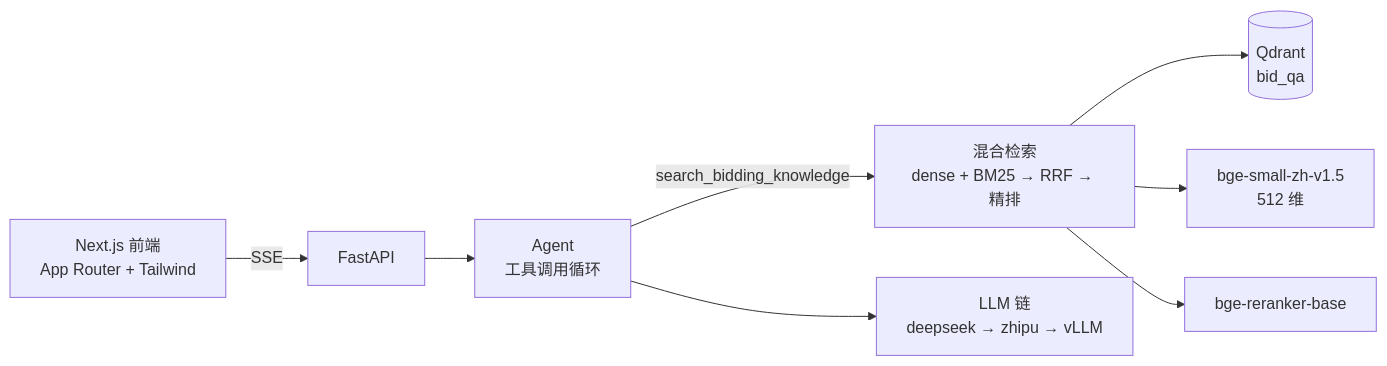
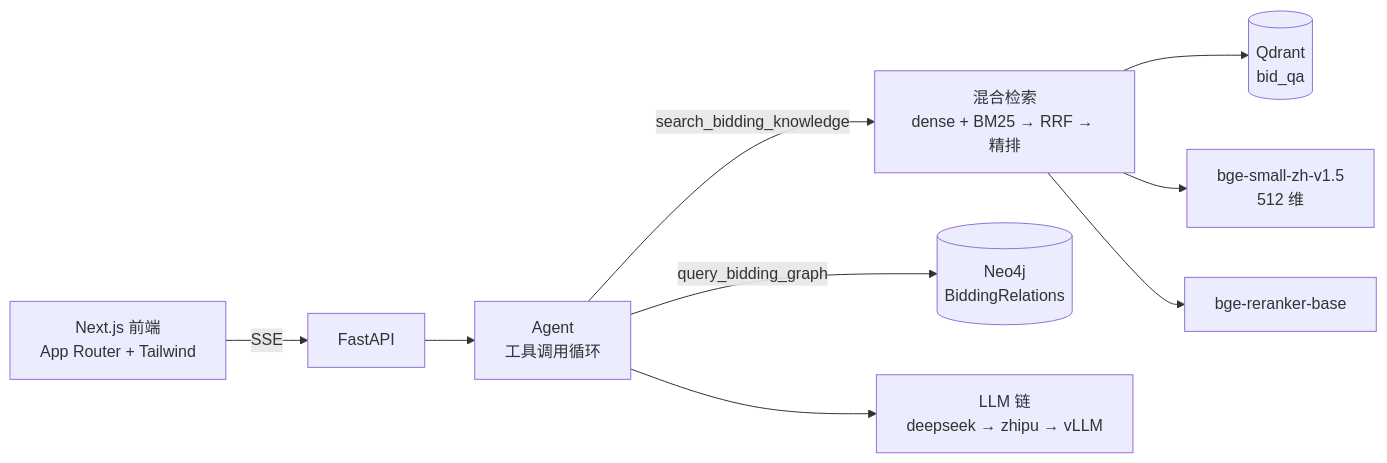
One commit to HoarHam/Bidding_QA_Chatbot changed the diagram in README.md. Above: the diagram before and after it, drawn with Mermaid. The commit also changed other lines of this file and 32 other files, not shown here.

First line of the commit message:
feat: 实现 Neo4j 知识图谱查询功能并集成到 Agent

````diff
--- a/README.md
+++ b/README.md
@@ -98,10 +114,11 @@
 ```mermaid
 flowchart LR
     UI["Next.js 前端<br/>App Router + Tailwind"] -->|"SSE"| API["FastAPI"]
     API --> AG["Agent<br/>工具调用循环"]
     AG -->|"search_bidding_knowledge"| RET["混合检索<br/>dense + BM25 → RRF → 精排"]
     RET --> QD[("Qdrant<br/>bid_qa")]
     RET --> EMB["bge-small-zh-v1.5<br/>512 维"]
     RET --> RRK["bge-reranker-base"]
+    AG -->|"query_bidding_graph"| KG[("Neo4j<br/>BiddingRelations")]
     AG --> LLM["LLM 链<br/>deepseek → zhipu → vLLM"]
 ```
````
